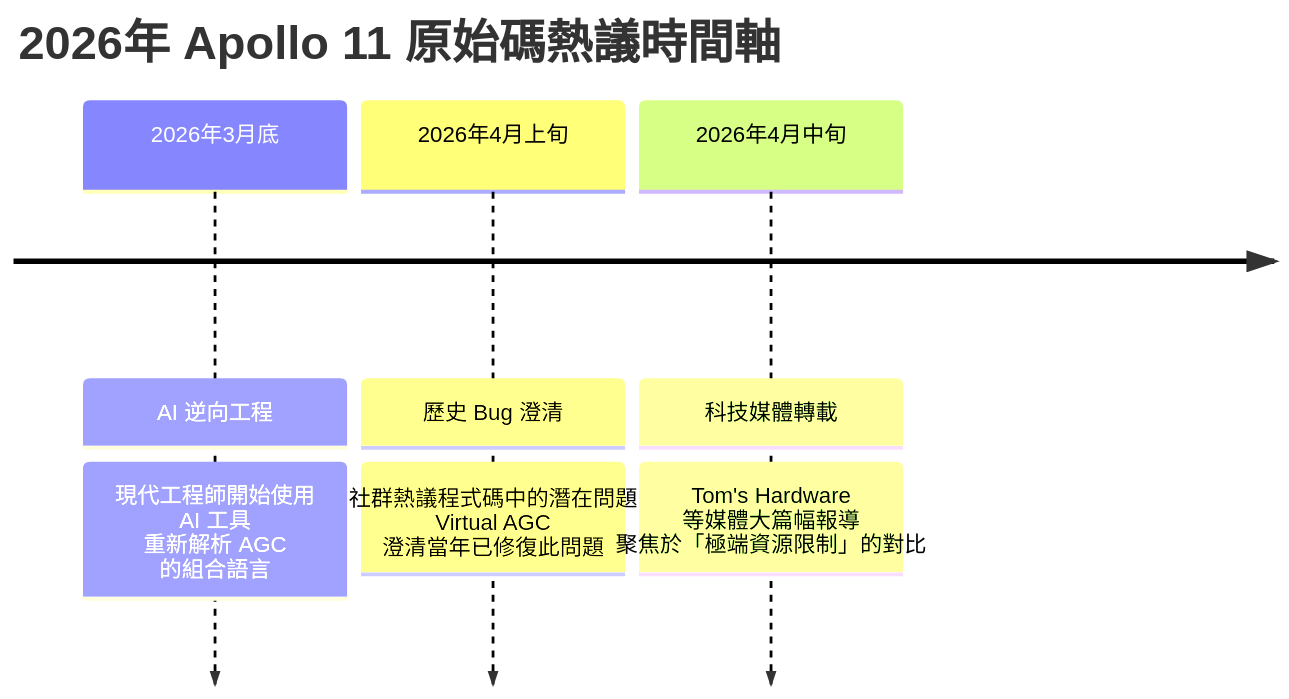
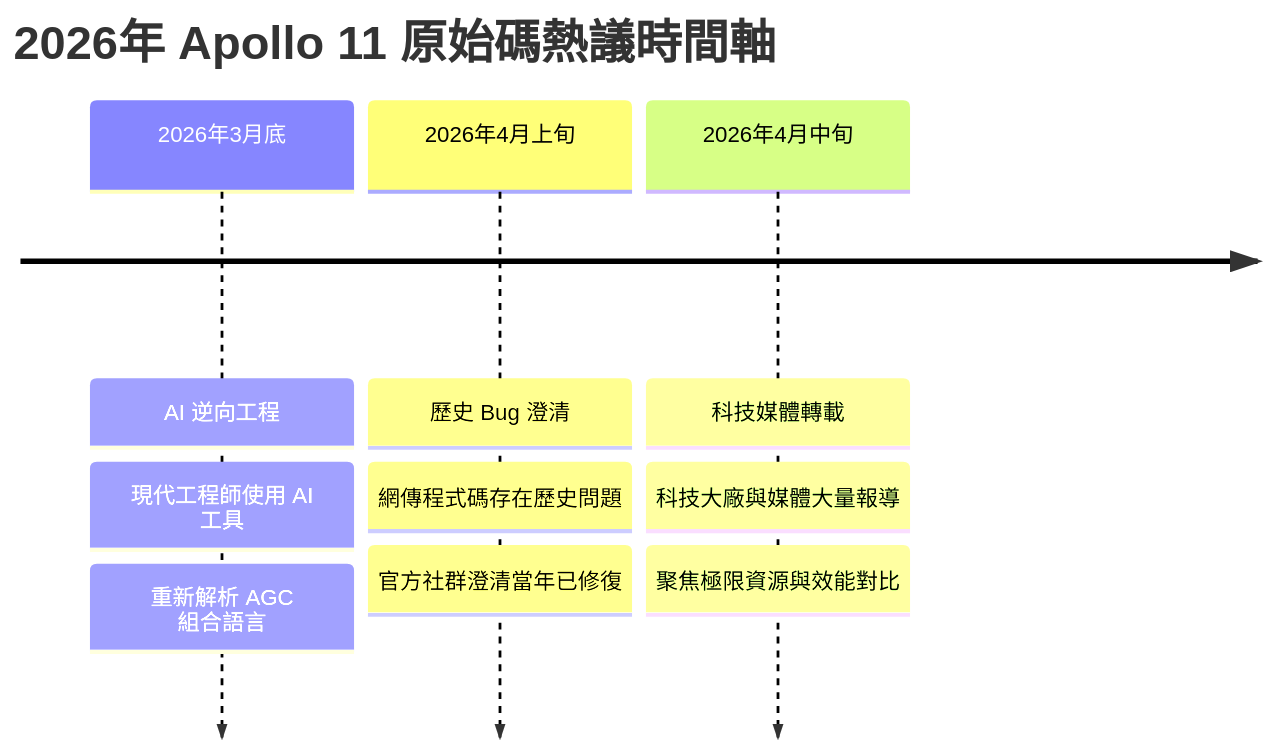
One commit to LinkGitData/hugo changed the first of 3 diagrams in link-blog/content/posts/apollo-11-agc-code-decoded.md. Above: the diagram before and after it, drawn with Mermaid. The commit also changed other lines of this file, not shown here.

Commit message:
fix(blog): resolve mermaid diagram rendering issues

```diff
--- a/link-blog/content/posts/apollo-11-agc-code-decoded.md
+++ b/link-blog/content/posts/apollo-11-agc-code-decoded.md
@@ -33,7 +33,7 @@
 {{< mermaid >}}
 timeline
     title 2026年 Apollo 11 原始碼熱議時間軸
-    2026年3月底 : AI 逆向工程 : 現代工程師開始使用 AI 工具<br>重新解析 AGC 的組合語言
-    2026年4月上旬 : 歷史 Bug 澄清 : 社群熱議程式碼中的潛在問題<br>Virtual AGC 澄清當年已修復此問題
-    2026年4月中旬 : 科技媒體轉載 : Tom's Hardware 等媒體大篇幅報導<br>聚焦於「極端資源限制」的對比
+    2026年3月底 : AI 逆向工程 : 現代工程師使用 AI 工具 : 重新解析 AGC 組合語言
+    2026年4月上旬 : 歷史 Bug 澄清 : 網傳程式碼存在歷史問題 : 官方社群澄清當年已修復
+    2026年4月中旬 : 科技媒體轉載 : 科技大廠與媒體大量報導 : 聚焦極限資源與效能對比
 {{< /mermaid >}}
```
